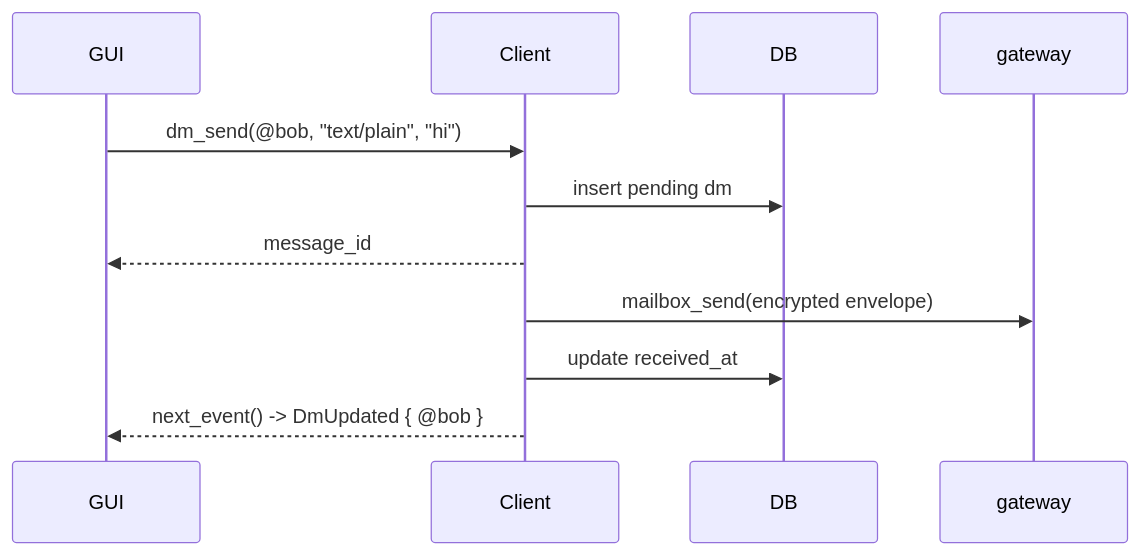
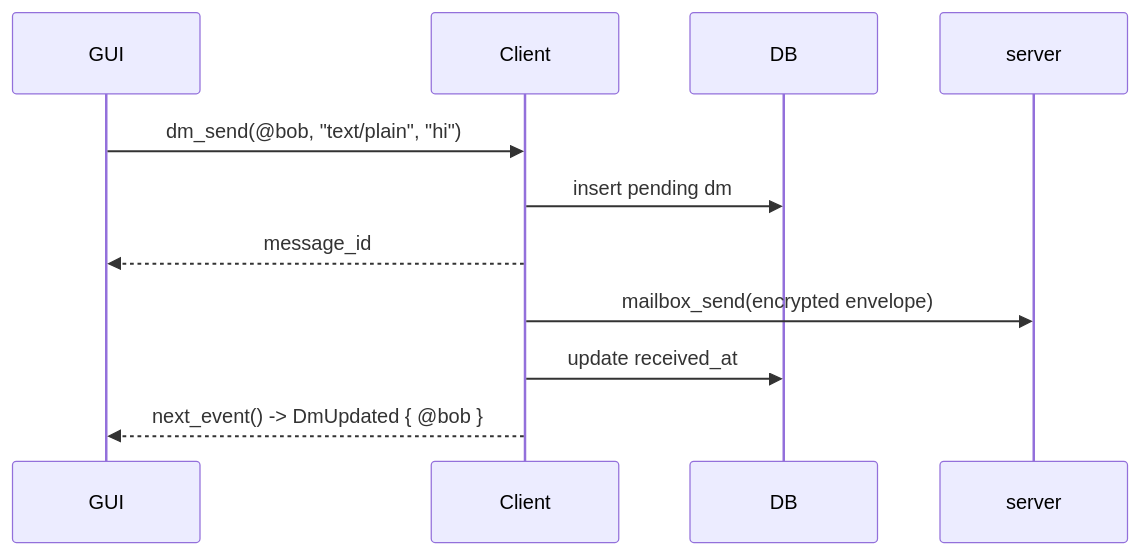
The third of 3 diagrams in libraries/xirtam-client/README.md (mel-project/nullspace), drawn with Mermaid before and after one commit. The commit also changed other lines of this file and 68 other files, not shown here.

````diff
--- a/libraries/xirtam-client/README.md
+++ b/libraries/xirtam-client/README.md
@@ -108,14 +108,14 @@
 ```mermaid
 sequenceDiagram
   participant GUI
   participant Client
   participant DB
-  participant GW as gateway
+  participant GW as server
 
   GUI->>Client: dm_send(@bob, "text/plain", "hi")
   Client->>DB: insert pending dm
   Client-->>GUI: message_id
   Client->>GW: mailbox_send(encrypted envelope)
   Client->>DB: update received_at
   Client-->>GUI: next_event() -> DmUpdated { @bob }
 ```
````
